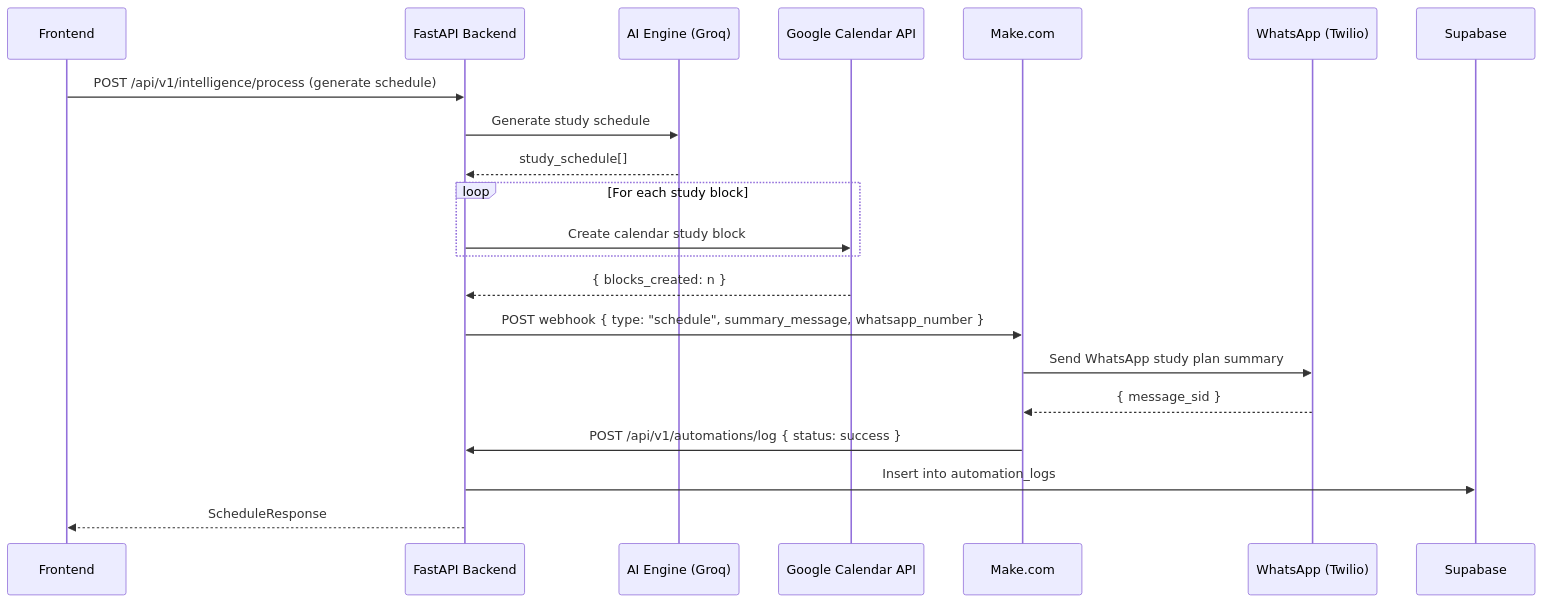
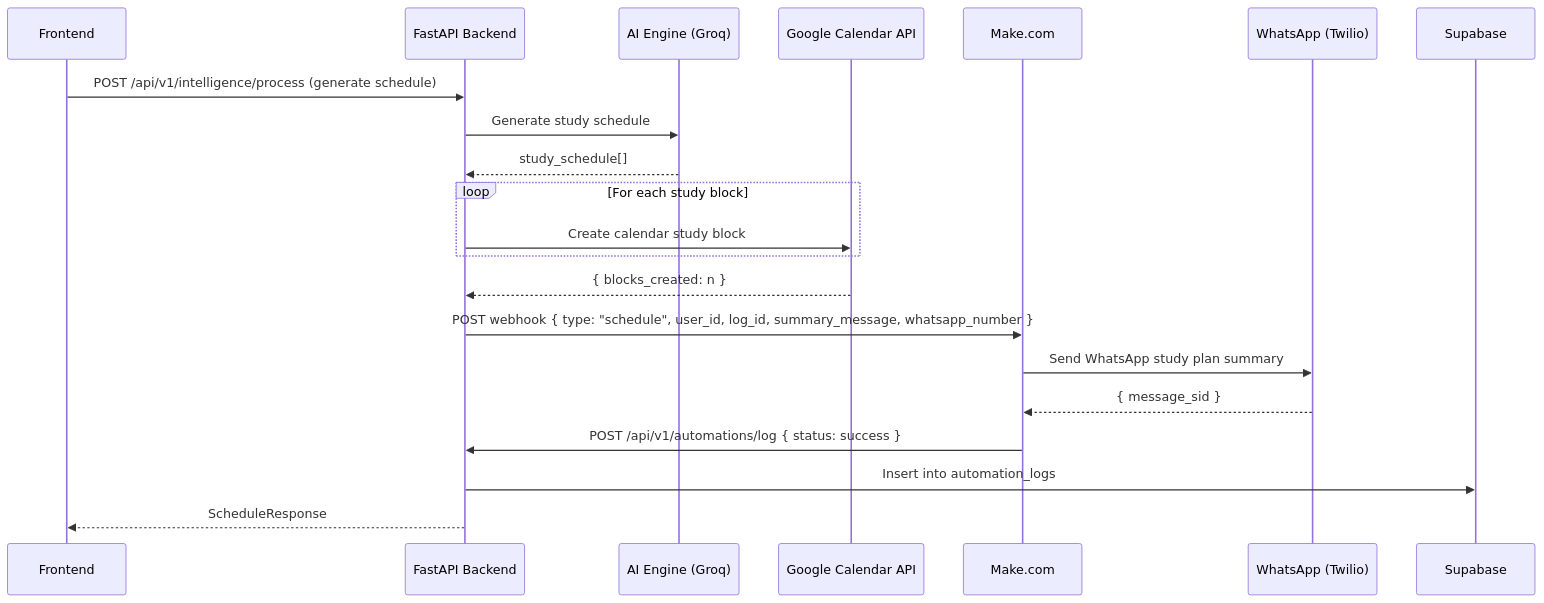
Before and after one commit to AdharshJolly/Academix: the fourth of 4 diagrams in docs/AUTOMATION_PLAN.md, drawn with Mermaid. The commit also changed other lines of this file and 28 other files, not shown here.

````diff
--- a/docs/AUTOMATION_PLAN.md
+++ b/docs/AUTOMATION_PLAN.md
@@ -143,24 +143,24 @@
 ```mermaid
 sequenceDiagram
     participant FE as Frontend
     participant BE as FastAPI Backend
     participant AI as AI Engine (Groq)
     participant GC as Google Calendar API
     participant MK as Make.com
     participant WA as WhatsApp (Twilio)
     participant DB as Supabase
 
     FE->>BE: POST /api/v1/intelligence/process (generate schedule)
     BE->>AI: Generate study schedule
     AI-->>BE: study_schedule[]
     loop For each study block
         BE->>GC: Create calendar study block
     end
     GC-->>BE: { blocks_created: n }
-    BE->>MK: POST webhook { type: "schedule", summary_message, whatsapp_number }
+    BE->>MK: POST webhook { type: "schedule", user_id, log_id, summary_message, whatsapp_number }
     MK->>WA: Send WhatsApp study plan summary
     WA-->>MK: { message_sid }
     MK->>BE: POST /api/v1/automations/log { status: success }
     BE->>DB: Insert into automation_logs
     BE-->>FE: ScheduleResponse
 ```
````
